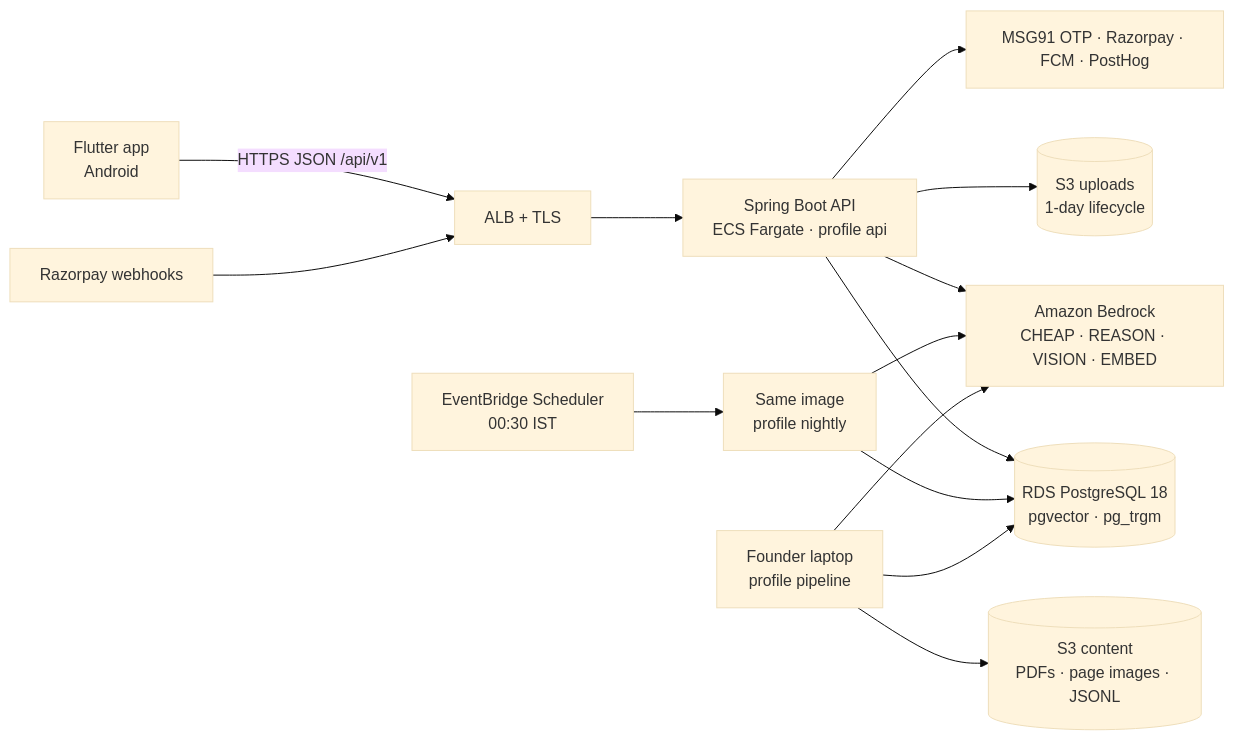
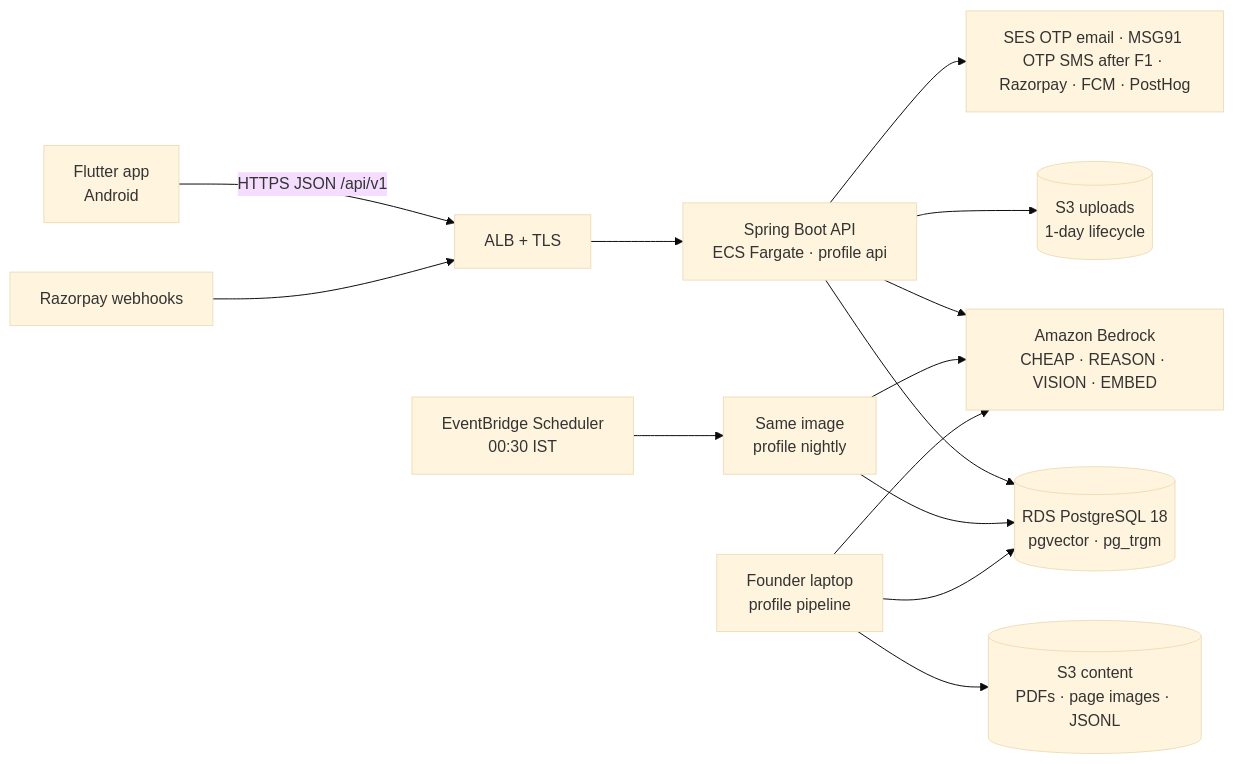
One commit to rayeesGmail/margai changed the first of 2 diagrams in docs/TECH_PLAN.md. Above: the diagram before and after it, drawn with Mermaid (base theme). The commit also changed other lines of this file and 2 other files, not shown here.

````diff
--- a/docs/TECH_PLAN.md
+++ b/docs/TECH_PLAN.md
@@ -166,16 +173,16 @@
 ```mermaid
 flowchart LR
     APP[Flutter app<br/>Android] -- HTTPS JSON /api/v1 --> ALB[ALB + TLS]
     ALB --> API[Spring Boot API<br/>ECS Fargate · profile api]
     SCHED[EventBridge Scheduler<br/>00:30 IST] --> NIGHT[Same image<br/>profile nightly]
     API --> RDS[(RDS PostgreSQL 18<br/>pgvector · pg_trgm)]
     NIGHT --> RDS
     API --> BR[Amazon Bedrock<br/>CHEAP · REASON · VISION · EMBED]
     NIGHT --> BR
     API --> S3U[(S3 uploads<br/>1-day lifecycle)]
-    API --> EXT[MSG91 OTP · Razorpay · FCM · PostHog]
+    API --> EXT[SES OTP email · MSG91 OTP SMS after F1 · Razorpay · FCM · PostHog]
     RAZ[Razorpay webhooks] --> ALB
     PIPE[Founder laptop<br/>profile pipeline] --> RDS
     PIPE --> BR
     PIPE --> S3C[(S3 content<br/>PDFs · page images · JSONL)]
 ```
````
